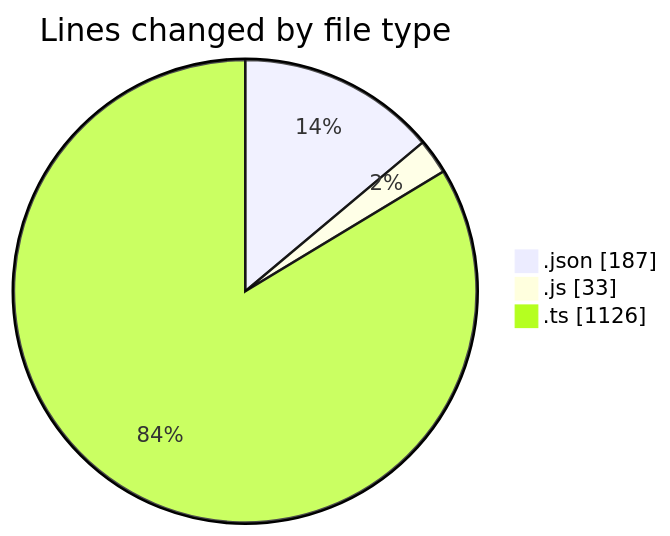
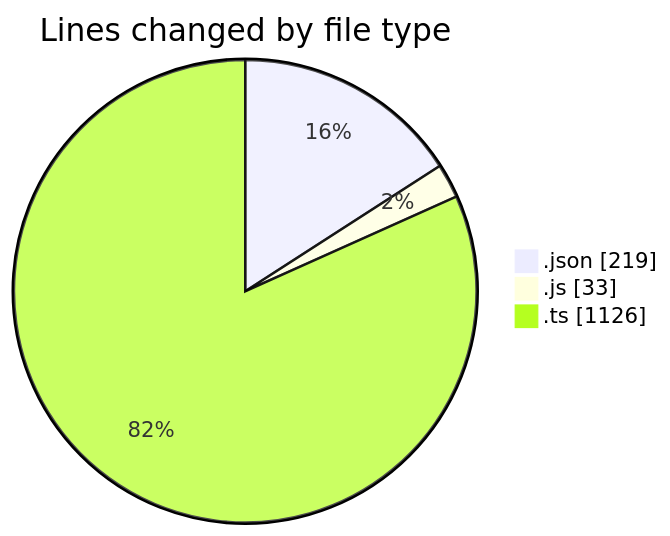
Before and after one commit to momahboobian/code-tracking: the first of 2 diagrams in 2026-05-27/cda/README.md, drawn with Mermaid. The commit also changed other lines of this file and 1 other file, not shown here.

````diff
--- a/2026-05-27/cda/README.md
+++ b/2026-05-27/cda/README.md
@@ -26,7 +27,7 @@
 ```mermaid
 pie showData
 title Lines changed by file type
-".json" : 187
+".json" : 219
 ".js" : 33
 ".ts" : 1126
 ```
````
